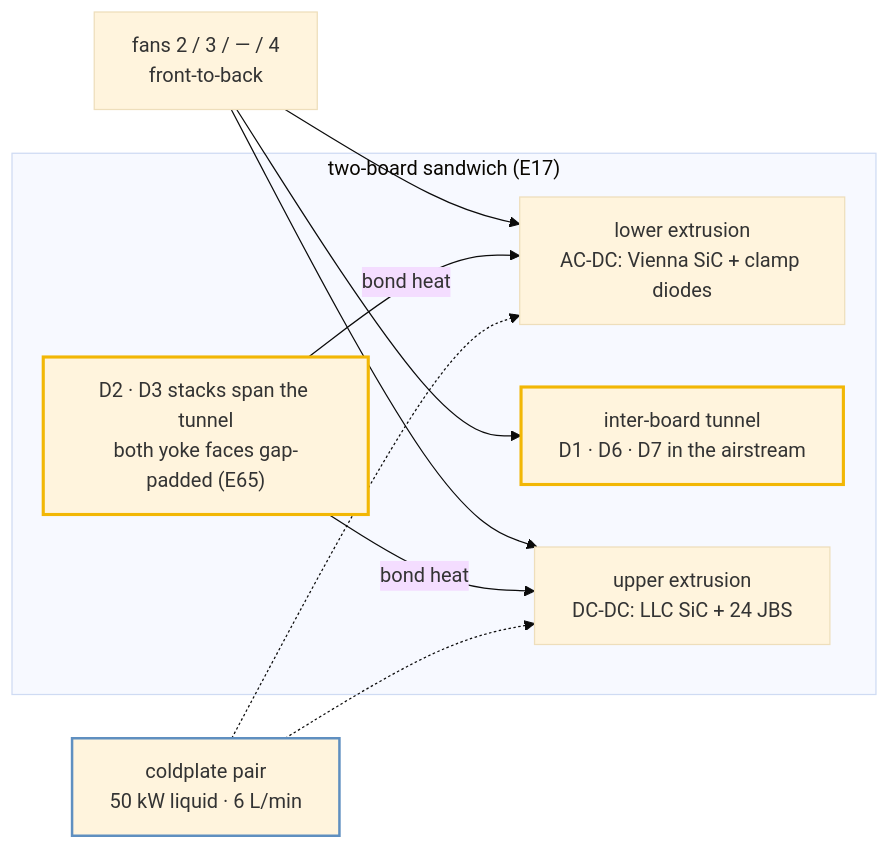
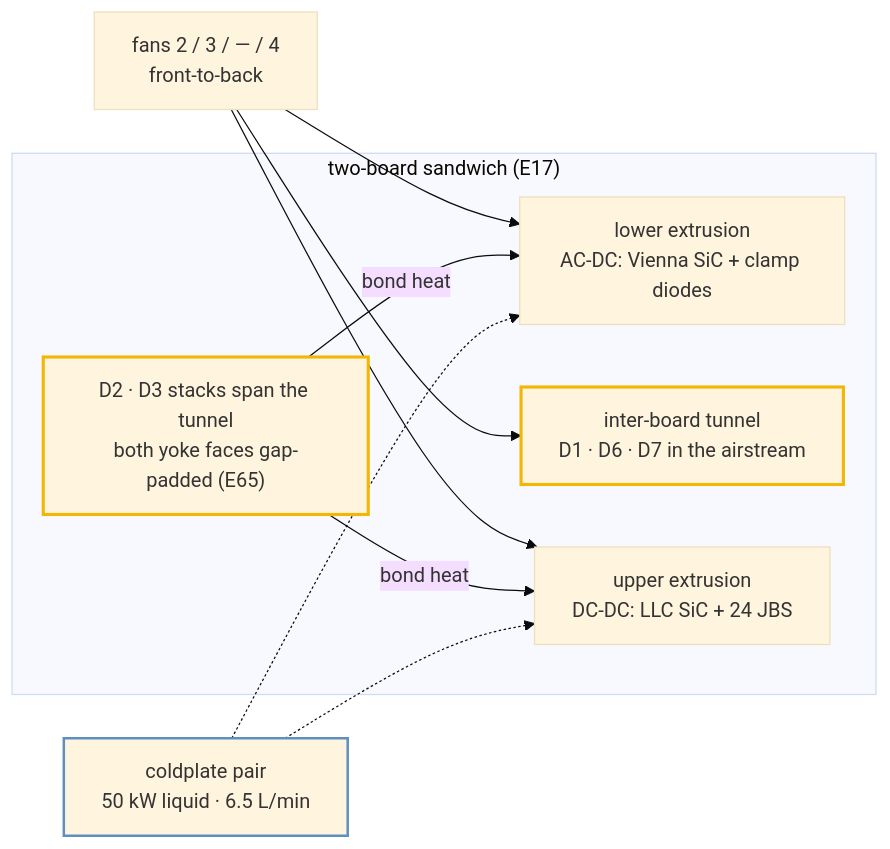
One commit to vectivolt/DC-Modules changed the second of 5 diagrams in docs/thermal-report.md. Above: the diagram before and after it, drawn with Mermaid (base theme). The commit also changed 110 other files, not shown here.

````diff
--- a/docs/thermal-report.md
+++ b/docs/thermal-report.md
@@ -85,16 +85,16 @@
 ```mermaid
 flowchart LR
   subgraph S["two-board sandwich (E17)"]
     L["lower extrusion<br/>AC-DC: Vienna SiC + clamp diodes"]
     T["inter-board tunnel<br/>D1 · D6 · D7 in the airstream"]
     M["D2 · D3 stacks span the tunnel<br/>both yoke faces gap-padded (E65)"]
     U["upper extrusion<br/>DC-DC: LLC SiC + 24 JBS"]
   end
   F["fans 2 / 3 / — / 4<br/>front-to-back"] --> L & T & U
   M -->|bond heat| L
   M -->|bond heat| U
-  C["coldplate pair<br/>50 kW liquid · 6 L/min"] -.-> L & U
+  C["coldplate pair<br/>50 kW liquid · 6.5 L/min"] -.-> L & U
   style T stroke:#f2b705,stroke-width:2.5px
   style M stroke:#f2b705,stroke-width:2.5px
   style C stroke:#5f8fc0,stroke-width:2px
 ```
````
